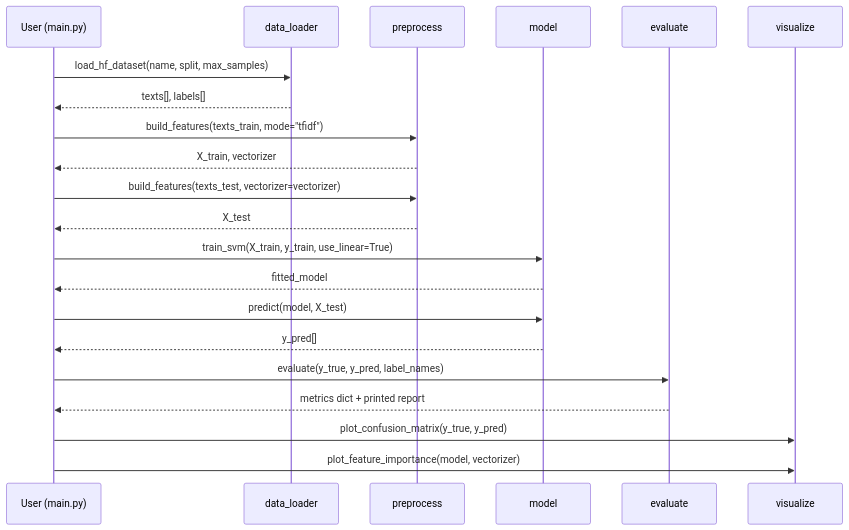
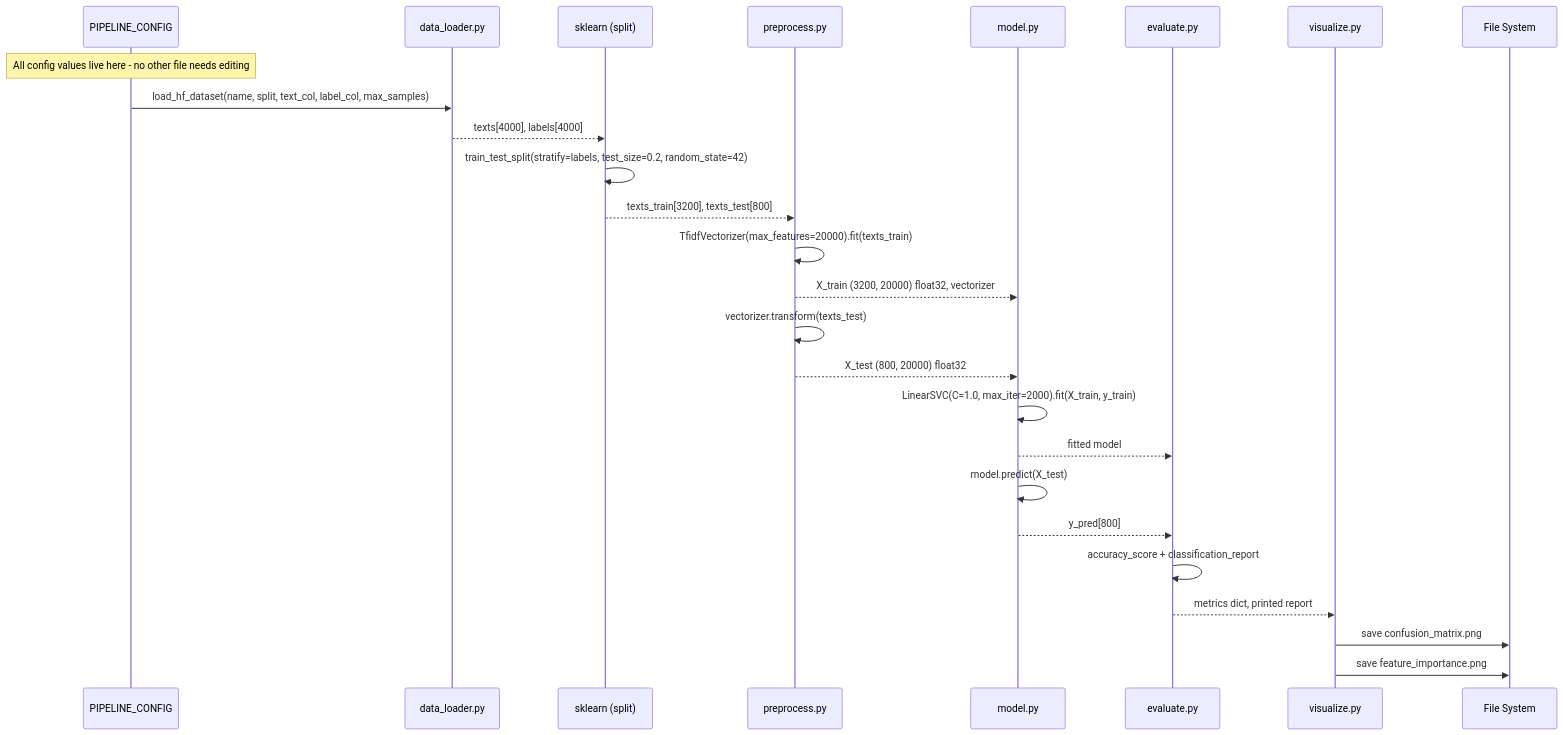
The second of 5 diagrams in README.md (hkevin01/svm-hf-classifier), drawn with Mermaid before and after one commit. The commit also changed other lines of this file, not shown here.

Commit message:
Implement feature X to enhance user experience and fix bug Y in module Z

````diff
--- a/README.md
+++ b/README.md
@@ -112,24 +196,37 @@
 ```mermaid
 sequenceDiagram
-    participant U as User (main.py)
-    participant DL as data_loader
-    participant PP as preprocess
-    participant M as model
-    participant EV as evaluate
-    participant VZ as visualize
+    participant CFG as PIPELINE_CONFIG
+    participant DL as data_loader.py
+    participant SK as sklearn (split)
+    participant PP as preprocess.py
+    participant M as model.py
+    participant EV as evaluate.py
+    participant VZ as visualize.py
+    participant FS as File System
 
-    U->>DL: load_hf_dataset(name, split, max_samples)
-    DL-->>U: texts[], labels[]
-    U->>PP: build_features(texts_train, mode="tfidf")
-    PP-->>U: X_train, vectorizer
-    U->>PP: build_features(texts_test, vectorizer=vectorizer)
-    PP-->>U: X_test
-    U->>M: train_svm(X_train, y_train, use_linear=True)
-    M-->>U: fitted_model
-    U->>M: predict(model, X_test)
-    M-->>U: y_pred[]
-    U->>EV: evaluate(y_true, y_pred, label_names)
-    EV-->>U: metrics dict + printed report
-    U->>VZ: plot_confusion_matrix(y_true, y_pred)
-    U->>VZ: plot_feature_importance(model, vectorizer)
+    Note over CFG: All config values live here - no other file needs editing
+
+    CFG->>DL: load_hf_dataset(name, split, text_col, label_col, max_samples)
+    DL-->>SK: texts[4000], labels[4000]
+
+    SK->>SK: train_test_split(stratify=labels, test_size=0.2, random_state=42)
+    SK-->>PP: texts_train[3200], texts_test[800]
+
+    PP->>PP: TfidfVectorizer(max_features=20000).fit(texts_train)
+    PP-->>M: X_train (3200, 20000) float32, vectorizer
+
+    PP->>PP: vectorizer.transform(texts_test)
+    PP-->>M: X_test (800, 20000) float32
+
+    M->>M: LinearSVC(C=1.0, max_iter=2000).fit(X_train, y_train)
+    M-->>EV: fitted model
+
+    M->>M: model.predict(X_test)
+    M-->>EV: y_pred[800]
+
+    EV->>EV: accuracy_score + classification_report
+    EV-->>VZ: metrics dict, printed report
+
+    VZ->>FS: save confusion_matrix.png
+    VZ->>FS: save feature_importance.png
 ```
````
